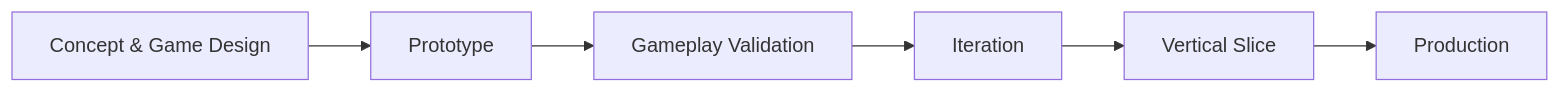
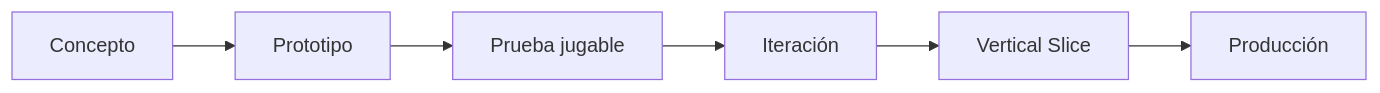
The diagram in README.md (Jairo0811/SamuraiKurohane), drawn with Mermaid before and after one commit. The commit also changed other lines of this file, not shown here.

````diff
--- a/README.md
+++ b/README.md
@@ -525,8 +655,8 @@
 ```mermaid
 flowchart LR
-    A[Concept & Game Design] --> B[Prototype]
-    B --> C[Gameplay Validation]
-    C --> D[Iteration]
+    A[Concepto] --> B[Prototipo]
+    B --> C[Prueba jugable]
+    C --> D[Iteración]
     D --> E[Vertical Slice]
-    E --> F[Production]
+    E --> F[Producción]
 ```
````
